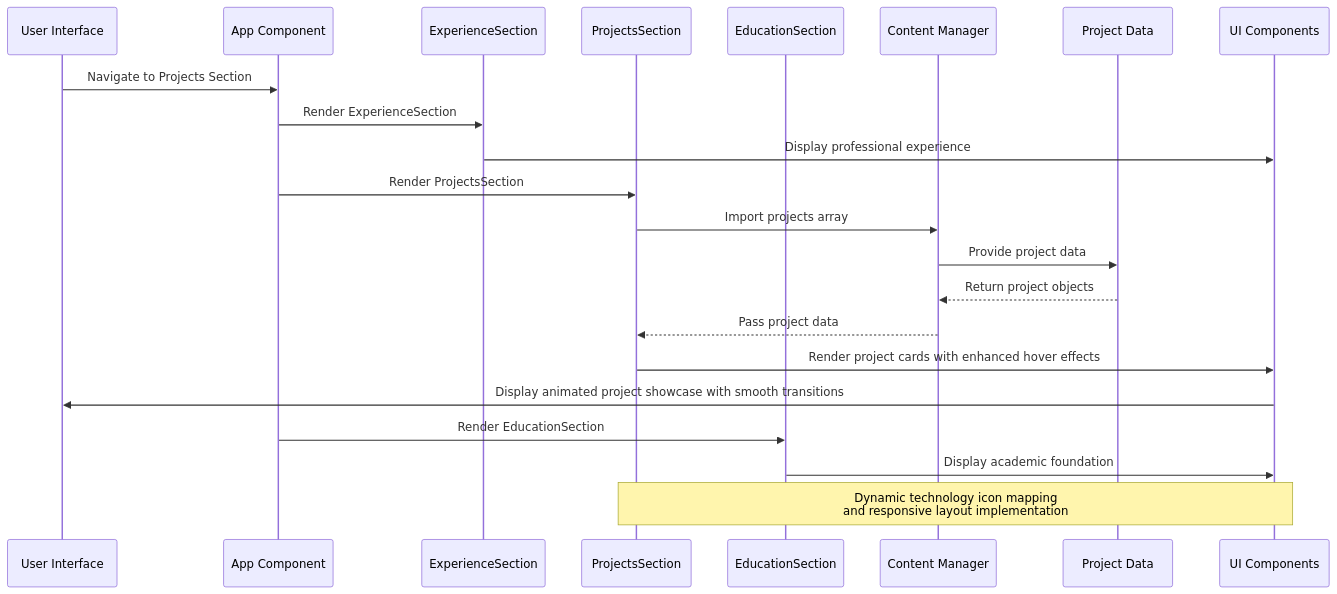
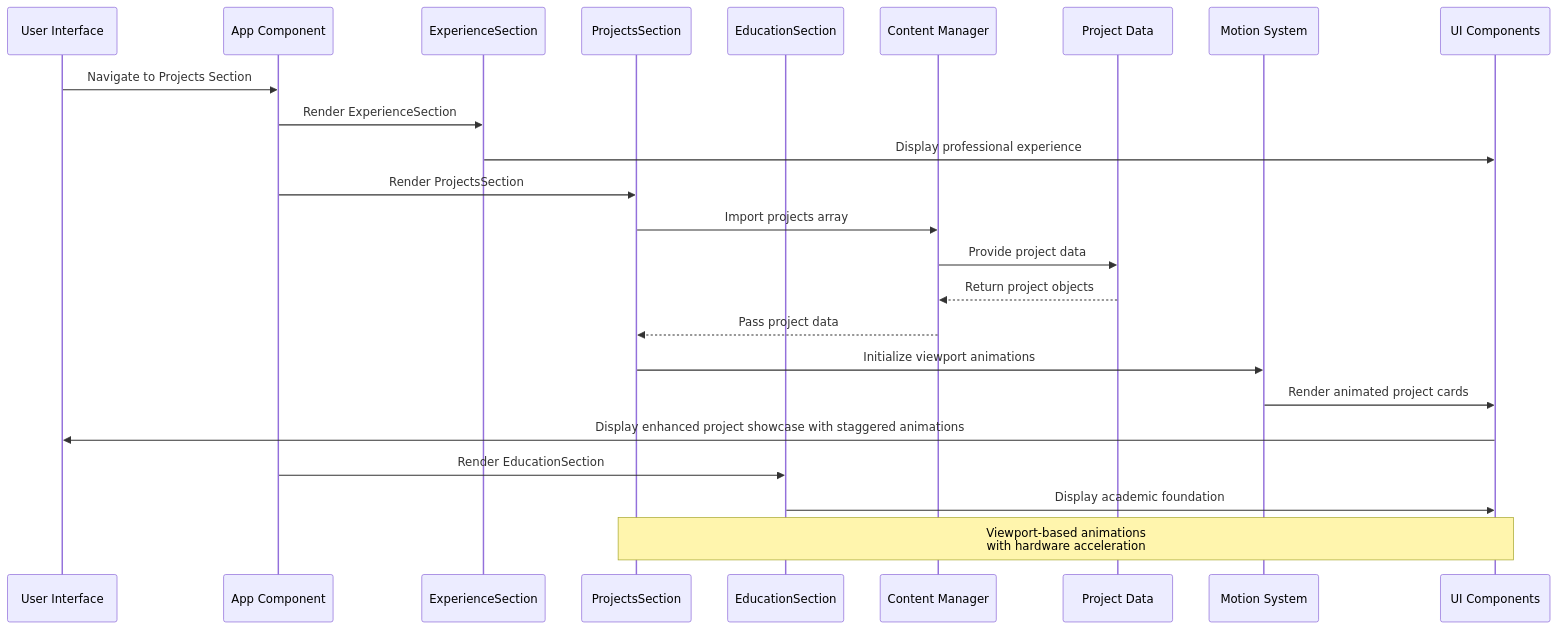
The second of 11 diagrams in .qoder/repowiki/en/content/Component Library & UI Elements/ProjectsSection Component.md (subash7781/Portfolio), drawn with Mermaid before and after one commit. The commit also changed other lines of this file and 6 other files, not shown here.

````diff
--- a/.qoder/repowiki/en/content/Component Library & UI Elements/ProjectsSection Component.md
+++ b/.qoder/repowiki/en/content/Component Library & UI Elements/ProjectsSection Component.md
@@ -124,24 +139,26 @@
 ```mermaid
 sequenceDiagram
 participant User as User Interface
 participant App as App Component
 participant Experience as ExperienceSection
 participant Projects as ProjectsSection
 participant Education as EducationSection
 participant Content as Content Manager
 participant Data as Project Data
+participant Motion as Motion System
 participant UI as UI Components
 User->>App : Navigate to Projects Section
 App->>Experience : Render ExperienceSection
 Experience->>UI : Display professional experience
 App->>Projects : Render ProjectsSection
 Projects->>Content : Import projects array
 Content->>Data : Provide project data
 Data-->>Content : Return project objects
 Content-->>Projects : Pass project data
-Projects->>UI : Render project cards with enhanced hover effects
-UI->>User : Display animated project showcase with smooth transitions
+Projects->>Motion : Initialize viewport animations
+Motion->>UI : Render animated project cards
+UI->>User : Display enhanced project showcase with staggered animations
 App->>Education : Render EducationSection
 Education->>UI : Display academic foundation
-Note over Projects,UI : Dynamic technology icon mapping<br/>and responsive layout implementation
+Note over Projects,UI : Viewport-based animations<br/>with hardware acceleration
 ```
````
